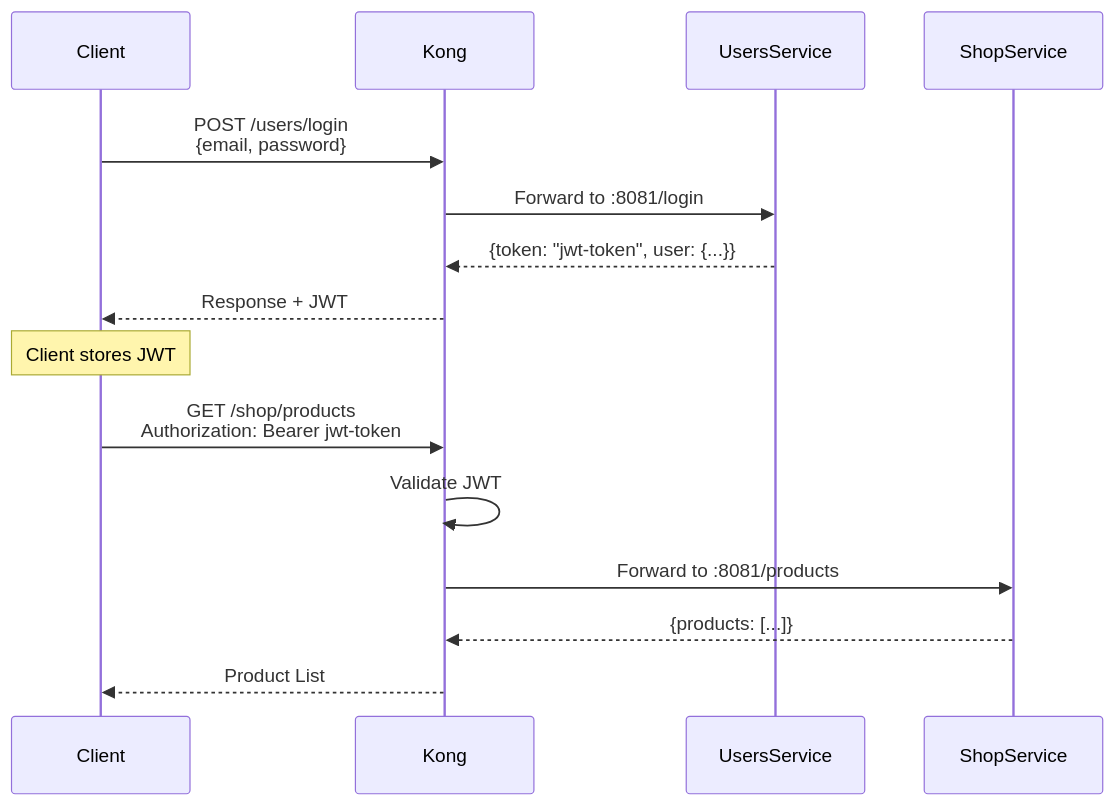
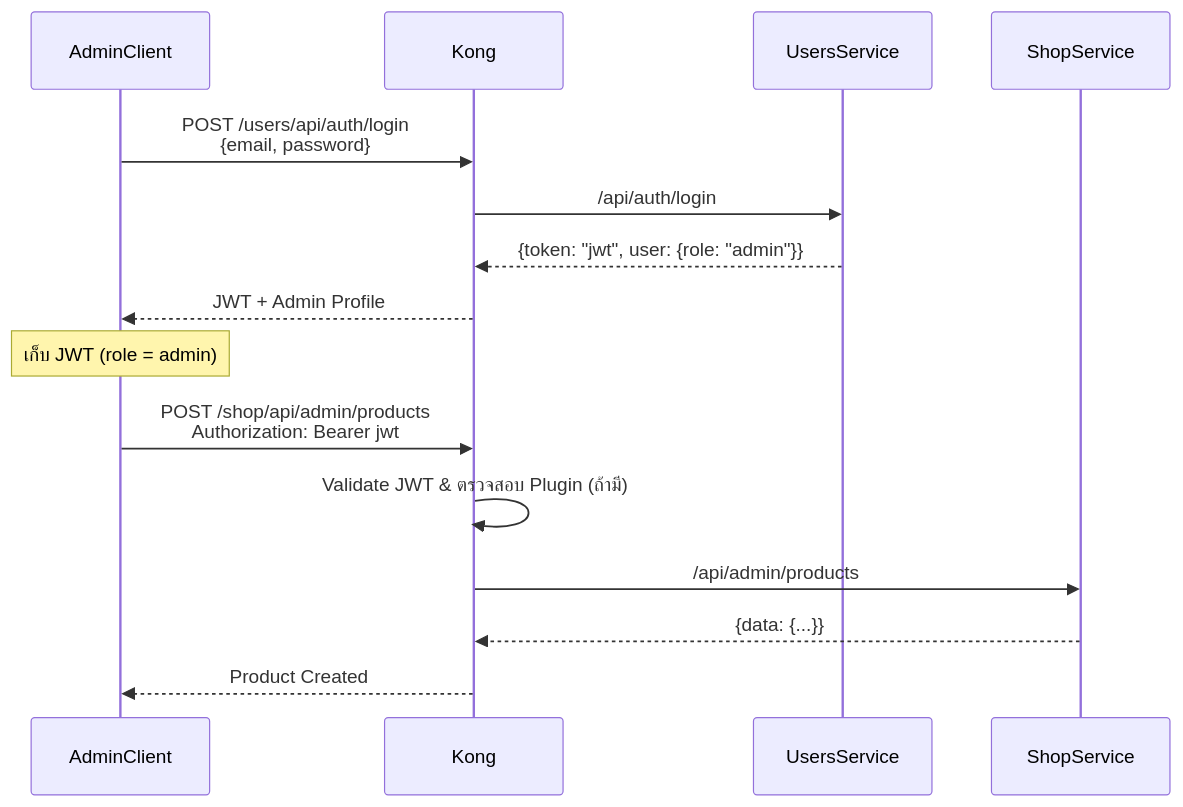
The second of 2 diagrams in README.md (Wattanaroj2567/Mini-Project-Golang), drawn with Mermaid before and after one commit. The commit also changed other lines of this file, not shown here.

````diff
--- a/README.md
+++ b/README.md
@@ -182,20 +178,20 @@
 ```mermaid
 sequenceDiagram
-    participant Client
+    participant AdminClient
     participant Kong
     participant UsersService
     participant ShopService
 
-    Client->>Kong: POST /users/login<br/>{email, password}
-    Kong->>UsersService: Forward to :8081/login
-    UsersService-->>Kong: {token: "jwt-token", user: {...}}
-    Kong-->>Client: Response + JWT
+    AdminClient->>Kong: POST /users/api/auth/login<br/>{email, password}
+    Kong->>UsersService: /api/auth/login
+    UsersService-->>Kong: {token: "jwt", user: {role: "admin"}}
+    Kong-->>AdminClient: JWT + Admin Profile
 
-    Note over Client: Client stores JWT
+    Note over AdminClient: เก็บ JWT (role = admin)
 
-    Client->>Kong: GET /shop/products<br/>Authorization: Bearer jwt-token
-    Kong->>Kong: Validate JWT
-    Kong->>ShopService: Forward to :8081/products
-    ShopService-->>Kong: {products: [...]}
-    Kong-->>Client: Product List
+    AdminClient->>Kong: POST /shop/api/admin/products<br/>Authorization: Bearer jwt
+    Kong->>Kong: Validate JWT & ตรวจสอบ Plugin (ถ้ามี)
+    Kong->>ShopService: /api/admin/products
+    ShopService-->>Kong: {data: {...}}
+    Kong-->>AdminClient: Product Created
 ```
````
